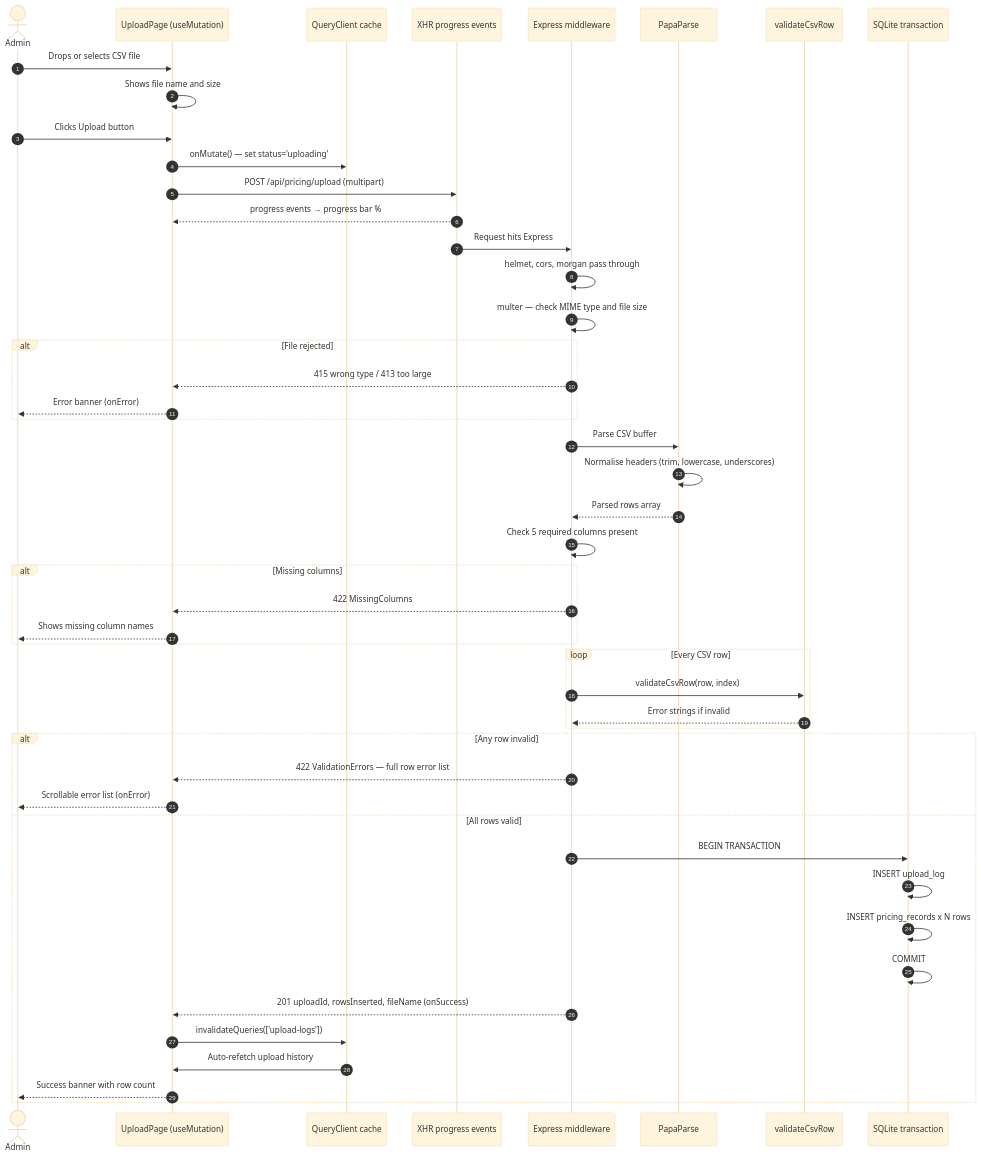
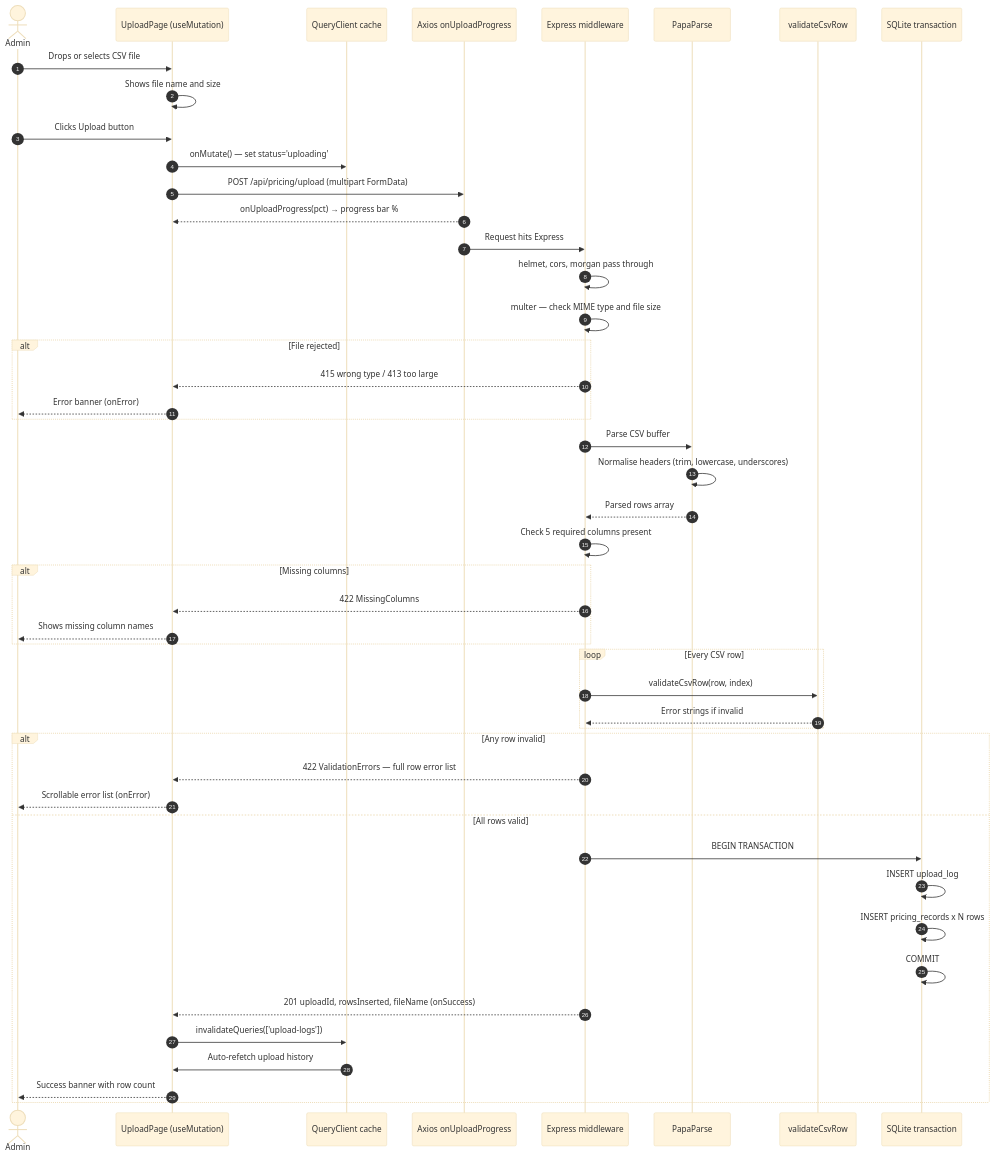
Before and after one commit to bharathikannano/tigeranalytics: the third of 4 diagrams in ARCHITECTURE.md, drawn with Mermaid (base theme). The commit also changed other lines of this file and 7 other files, not shown here.

Commit message:
Use Axios for API client, clean up upload code, and update diagrams/documentation

````diff
--- a/ARCHITECTURE.md
+++ b/ARCHITECTURE.md
@@ -103,58 +103,58 @@
 ```mermaid
 sequenceDiagram
     autonumber
     actor U as Admin
     participant UI as UploadPage (useMutation)
     participant QC as QueryClient cache
-    participant XHR as XHR progress events
+    participant AX as Axios onUploadProgress
     participant MW as Express middleware
     participant PP as PapaParse
     participant V  as validateCsvRow
     participant TX as SQLite transaction
 
     U  ->> UI  : Drops or selects CSV file
     UI ->> UI  : Shows file name and size
     U  ->> UI  : Clicks Upload button
 
     UI ->> QC  : onMutate() — set status='uploading'
-    UI ->> XHR : POST /api/pricing/upload (multipart)
-    XHR -->> UI: progress events → progress bar %
+    UI ->> AX  : POST /api/pricing/upload (multipart FormData)
+    AX -->> UI : onUploadProgress(pct) → progress bar %
 
-    XHR ->> MW : Request hits Express
+    AX ->> MW  : Request hits Express
     MW  ->> MW : helmet, cors, morgan pass through
     MW  ->> MW : multer — check MIME type and file size
 
     alt File rejected
         MW -->> UI : 415 wrong type / 413 too large
         UI -->> U  : Error banner (onError)
     end
 
     MW  ->> PP  : Parse CSV buffer
     PP  ->> PP  : Normalise headers (trim, lowercase, underscores)
     PP  -->> MW : Parsed rows array
     MW  ->> MW  : Check 5 required columns present
 
     alt Missing columns
         MW -->> UI : 422 MissingColumns
         UI -->> U  : Shows missing column names
     end
 
     loop Every CSV row
         MW ->> V  : validateCsvRow(row, index)
         V  -->> MW: Error strings if invalid
     end
 
     alt Any row invalid
         MW -->> UI : 422 ValidationErrors — full row error list
         UI -->> U  : Scrollable error list (onError)
     else All rows valid
         MW ->> TX  : BEGIN TRANSACTION
         TX ->> TX  : INSERT upload_log
         TX ->> TX  : INSERT pricing_records x N rows
         TX ->> TX  : COMMIT
         MW -->> UI : 201 uploadId, rowsInserted, fileName (onSuccess)
         UI ->> QC  : invalidateQueries(['upload-logs'])
         QC ->> UI  : Auto-refetch upload history
         UI -->> U  : Success banner with row count
     end
 ```
````
